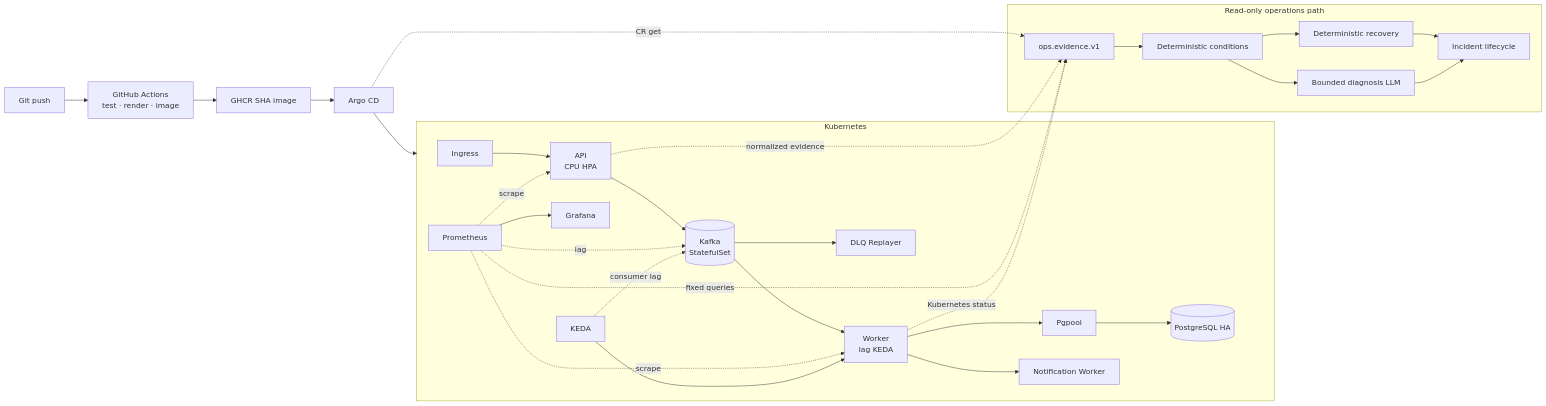
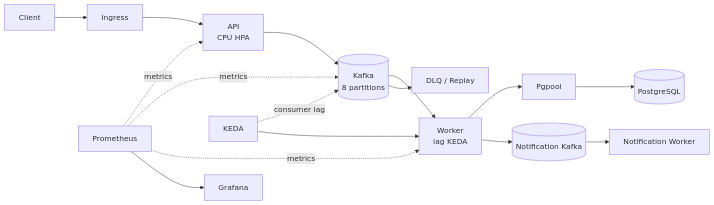
One commit to Jangwanko/Cloud_portfolio changed the first of 2 diagrams in README.md. Above: the diagram before and after it, drawn with Mermaid. The commit also changed other lines of this file and 4 other files, not shown here.

````diff
--- a/README.md
+++ b/README.md
@@ -36,39 +41,16 @@
 ```mermaid
 flowchart LR
-    Git[Git push] --> CI[GitHub Actions<br/>test · render · image]
-    CI --> GHCR[GHCR SHA image]
-    GHCR --> Argo[Argo CD]
+    Client --> Ingress --> API[API<br/>CPU HPA]
+    API --> Kafka[(Kafka<br/>8 partitions)]
+    Kafka --> Worker[Worker<br/>lag KEDA]
+    Worker --> Pgpool --> PostgreSQL[(PostgreSQL)]
+    Worker --> NotificationTopic[(Notification Kafka)] --> NotificationWorker[Notification Worker]
+    Kafka --> DLQ[DLQ / Replay]
 
-    subgraph K8s[Kubernetes]
-      Ingress[Ingress] --> API[API<br/>CPU HPA]
-      API --> Kafka[(Kafka<br/>StatefulSet)]
-      Kafka --> Worker[Worker<br/>lag KEDA]
-      Worker --> Pool[Pgpool] --> DB[(PostgreSQL HA)]
-      Worker --> Notify[Notification Worker]
-      Kafka --> DLQ[DLQ Replayer]
-      Metrics[Prometheus] -. scrape .-> API
-      Metrics -. scrape .-> Worker
-      Metrics -. lag .-> Kafka
-      Metrics --> Grafana[Grafana]
-      KEDA[KEDA] -. consumer lag .-> Kafka
-      KEDA --> Worker
-    end
-
-    Argo --> K8s
-
-    subgraph Ops[Read-only operations path]
-      Evidence[ops.evidence.v1]
-      Conditions[Deterministic conditions]
-      Diagnosis[Bounded diagnosis LLM]
-      Recovery[Deterministic recovery]
-      Incident[Incident lifecycle]
-      Evidence --> Conditions --> Diagnosis
-      Conditions --> Recovery --> Incident
-      Diagnosis --> Incident
-    end
-
-    API -. normalized evidence .-> Evidence
-    Metrics -. fixed queries .-> Evidence
-    Worker -. Kubernetes status .-> Evidence
-    Argo -. CR get .-> Evidence
+    Prometheus -. metrics .-> API
+    Prometheus -. metrics .-> Kafka
+    Prometheus -. metrics .-> Worker
+    Prometheus --> Grafana
+    KEDA -. consumer lag .-> Kafka
+    KEDA --> Worker
 ```
````
